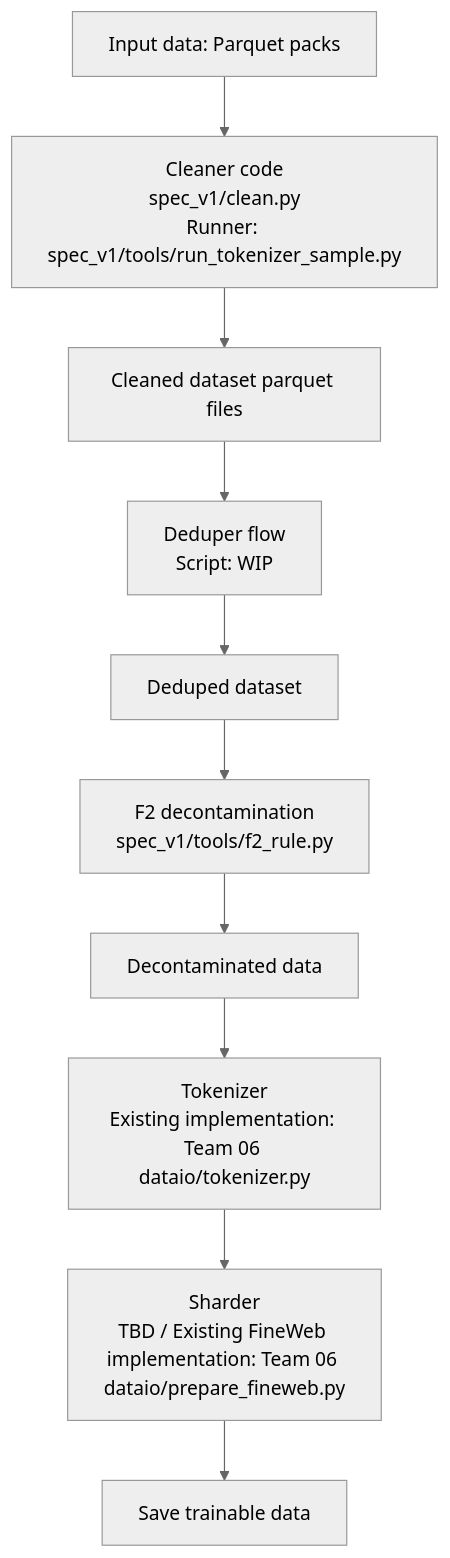
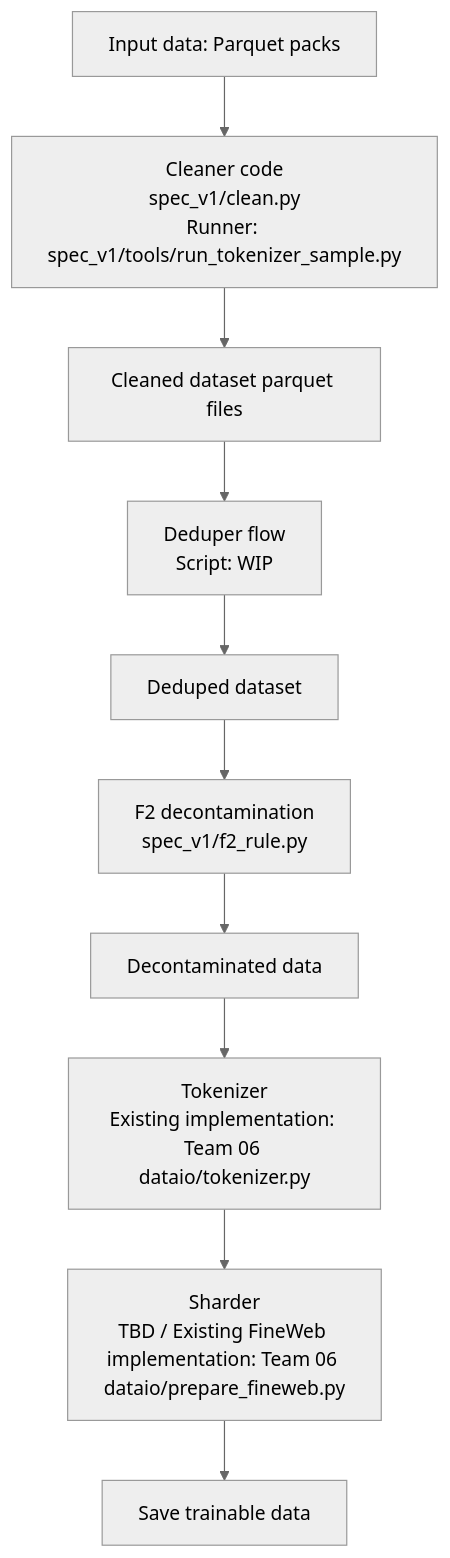
The diagram in teams/01-data-a/README.md (theschoolofai/era-v5-lab), drawn with Mermaid (neutral theme) before and after one commit. The commit also changed other lines of this file and 22 other files, not shown here.

````diff
--- a/teams/01-data-a/README.md
+++ b/teams/01-data-a/README.md
@@ -22,15 +22,15 @@
 ```mermaid
 flowchart TD
     input["Input data: Parquet packs"]
     cleaner["Cleaner code<br/>spec_v1/clean.py<br/>Runner: spec_v1/tools/run_tokenizer_sample.py"]
     cleaned["Cleaned dataset parquet files"]
     deduper["Deduper flow<br/>Script: WIP"]
     deduped["Deduped dataset"]
-    f2["F2 decontamination<br/>spec_v1/tools/f2_rule.py"]
+    f2["F2 decontamination<br/>spec_v1/f2_rule.py"]
     decontam["Decontaminated data"]
     tokenizer["Tokenizer<br/>Existing implementation: Team 06 dataio/tokenizer.py"]
     sharder["Sharder<br/>TBD / Existing FineWeb implementation: Team 06 dataio/prepare_fineweb.py"]
     saved["Save trainable data"]
 
     input --> cleaner --> cleaned --> deduper --> deduped --> f2 --> decontam --> tokenizer --> sharder --> saved
 ```
````
